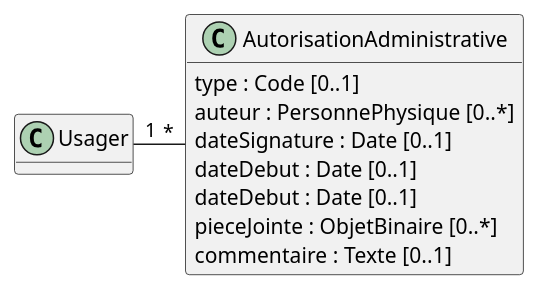
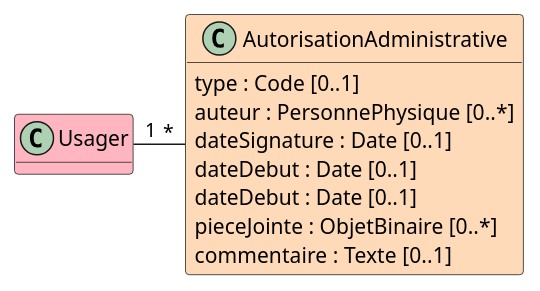
The diagram in input/images-source/bloc_autorisations_administratives.plantuml (ansforge/IG-fhir-transfert-donnees-dui-esms), drawn with PlantUML before and after one commit. The commit also changed 8 other files, not shown here.

```diff
--- a/input/images-source/bloc_autorisations_administratives.plantuml
+++ b/input/images-source/bloc_autorisations_administratives.plantuml
@@ -1,19 +1,19 @@
 @startuml
 
 hide empty methods
 
-class Usager
+class Usager #LightPink
 
-class AutorisationAdministrative {
+class AutorisationAdministrative #PeachPuff {
     type : Code [0..1]
     auteur : PersonnePhysique [0..*]
     dateSignature : Date [0..1]
     dateDebut : Date [0..1]
     dateDebut : Date [0..1]
     pieceJointe : ObjetBinaire [0..*]
     commentaire : Texte [0..1]
 }
 
 Usager "1" - "*" AutorisationAdministrative
 
 @enduml
```
